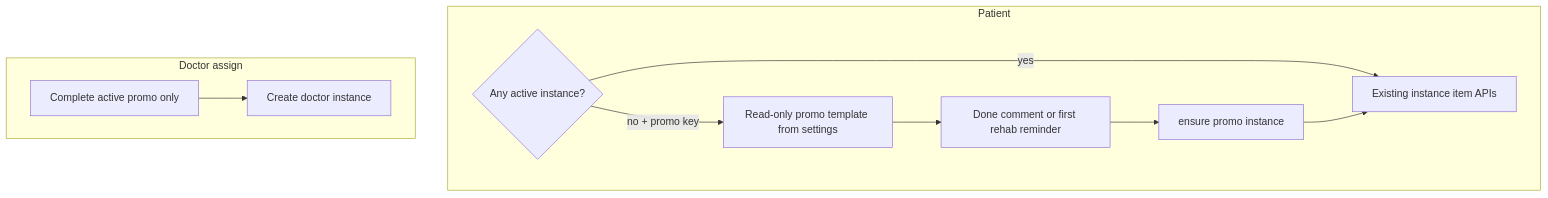
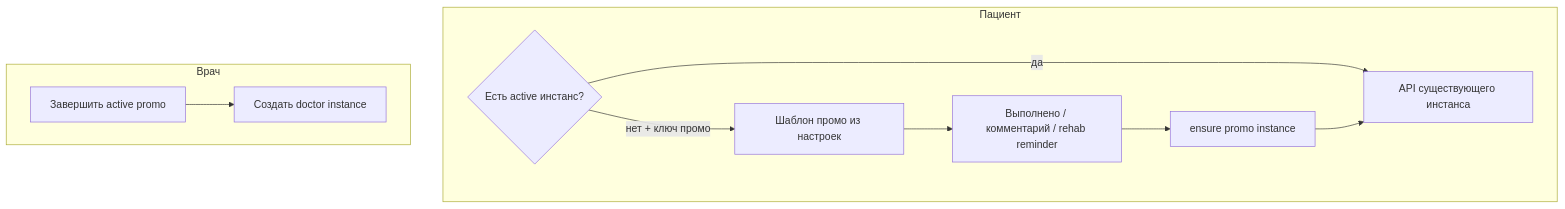
One commit to Dimmdao2/BersonCareBot changed the diagram in docs/PROMO_ASSIGNMENT_SOURCE.md. Above: the diagram before and after it, drawn with Mermaid. The commit also changed other lines of this file and 29 other files, not shown here.

````diff
--- a/docs/PROMO_ASSIGNMENT_SOURCE.md
+++ b/docs/PROMO_ASSIGNMENT_SOURCE.md
@@ -112,20 +76,20 @@
 ```mermaid
 flowchart TD
-  subgraph patient [Patient]
-    AnyActive{Any active instance?}
-    ViewPromo[Read-only promo template from settings]
-    FirstAction[Done comment or first rehab reminder]
+  subgraph patient [Пациент]
+    AnyActive{Есть active инстанс?}
+    ViewPromo[Шаблон промо из настроек]
+    FirstAction[Выполнено / комментарий / rehab reminder]
     Mat[ensure promo instance]
-    Inst[Existing instance item APIs]
-    AnyActive -->|yes| Inst
-    AnyActive -->|no + promo key| ViewPromo
+    Inst[API существующего инстанса]
+    AnyActive -->|да| Inst
+    AnyActive -->|нет + ключ промо| ViewPromo
     ViewPromo --> FirstAction
     FirstAction --> Mat
     Mat --> Inst
   end
-  subgraph doctor [Doctor assign]
-    Auto[Complete active promo only]
-    Doc[Create doctor instance]
+  subgraph doctor [Врач]
+    Auto[Завершить active promo]
+    Doc[Создать doctor instance]
     Auto --> Doc
   end
 ```
````
